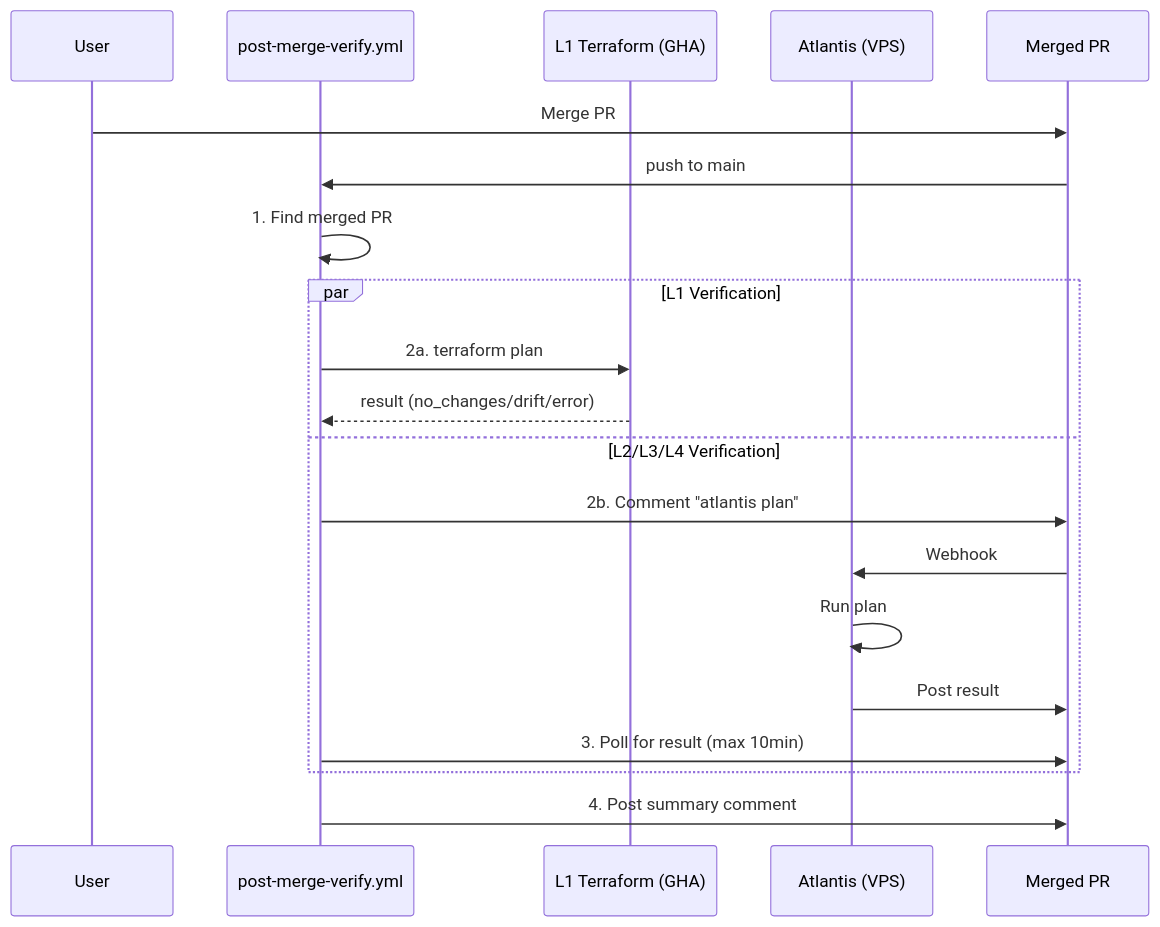
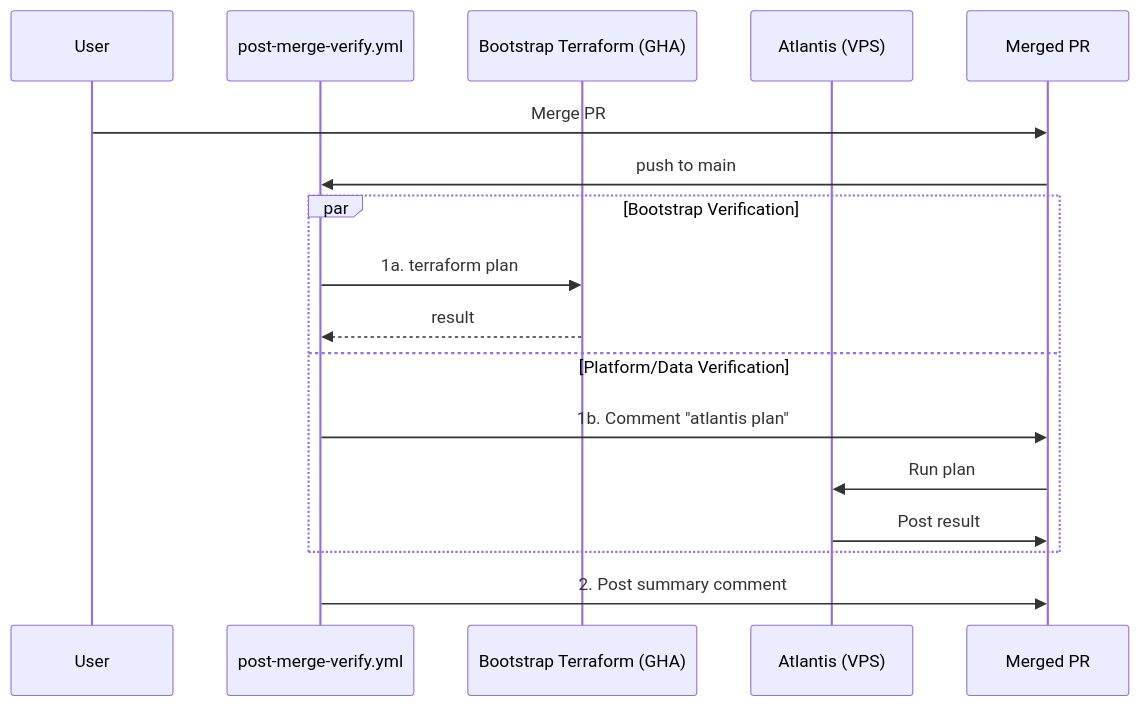
Before and after one commit to wangzitian0/infra: the second of 2 diagrams in docs/ssot/ops.pipeline.md, drawn with Mermaid. The commit also changed other lines of this file and 43 other files, not shown here.

Commit message:
chore: complete architectural renaming (remove L1/L2/L3 references) (#362)

````diff
--- a/docs/ssot/ops.pipeline.md
+++ b/docs/ssot/ops.pipeline.md
@@ -95,26 +55,22 @@
 ```mermaid
 sequenceDiagram
     participant User
     participant GHA as post-merge-verify.yml
-    participant L1 as L1 Terraform (GHA)
+    participant B as Bootstrap Terraform (GHA)
     participant Atlantis as Atlantis (VPS)
     participant PR as Merged PR #xxx
 
     User->>PR: Merge PR
     PR->>GHA: push to main
 
-    GHA->>GHA: 1. Find merged PR #xxx
-
-    par L1 Verification
-        GHA->>L1: 2a. terraform plan
-        L1-->>GHA: result (no_changes/drift/error)
-    and L2/L3/L4 Verification
-        GHA->>PR: 2b. Comment "atlantis plan"
-        PR->>Atlantis: Webhook
-        Atlantis->>Atlantis: Run plan
+    par Bootstrap Verification
+        GHA->>B: 1a. terraform plan
+        B-->>GHA: result
+    and Platform/Data Verification
+        GHA->>PR: 1b. Comment "atlantis plan"
+        PR->>Atlantis: Run plan
         Atlantis->>PR: Post result
-        GHA->>PR: 3. Poll for result (max 10min)
     end
 
-    GHA->>PR: 4. Post summary comment
+    GHA->>PR: 2. Post summary comment
 ```
````
